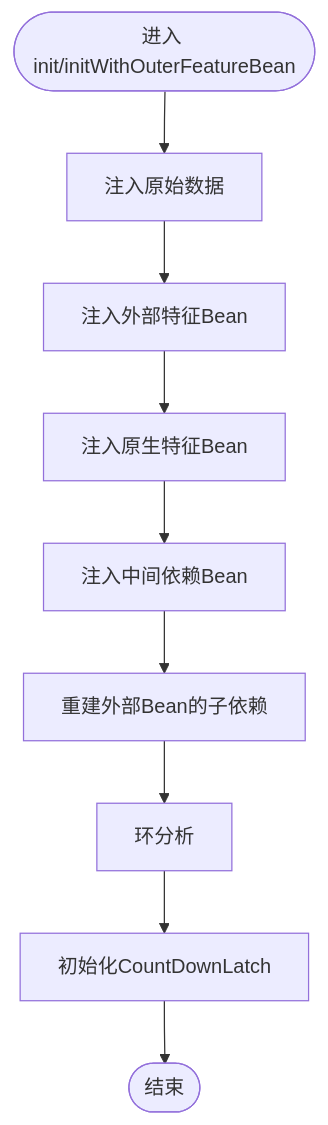
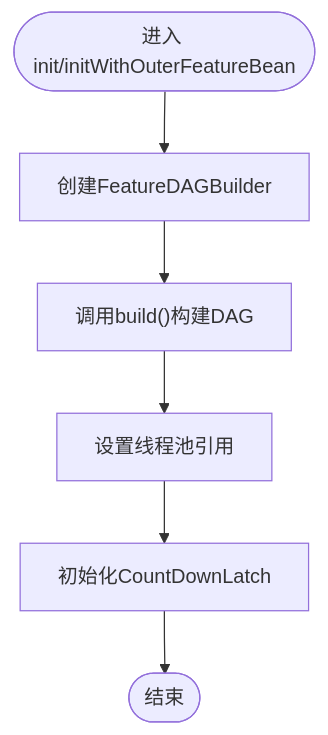
The fourth of 10 diagrams in .qoder/repowiki/zh/content/核心架构.md (txzhanghuan/feature), drawn with Mermaid before and after one commit. The commit also changed other lines of this file and 7 other files, not shown here.

````diff
--- a/.qoder/repowiki/zh/content/核心架构.md
+++ b/.qoder/repowiki/zh/content/核心架构.md
@@ -254,11 +268,8 @@
 ```mermaid
 flowchart TD
-Start(["进入 init/initWithOuterFeatureBean"]) --> InjectOrigin["注入原始数据"]
-InjectOrigin --> InjectOuter["注入外部特征Bean"]
-InjectOuter --> InjectNative["注入原生特征Bean"]
-InjectNative --> InjectMiddle["注入中间依赖Bean"]
-InjectMiddle --> RebuildChildren["重建外部Bean的子依赖"]
-RebuildChildren --> CycleCheck["环分析"]
-CycleCheck --> InitLatch["初始化CountDownLatch"]
+Start(["进入 init/initWithOuterFeatureBean"]) --> CreateBuilder["创建FeatureDAGBuilder"]
+CreateBuilder --> BuildDAG["调用build()构建DAG"]
+BuildDAG --> SetPool["设置线程池引用"]
+SetPool --> InitLatch["初始化CountDownLatch"]
 InitLatch --> End(["结束"])
 ```
````
